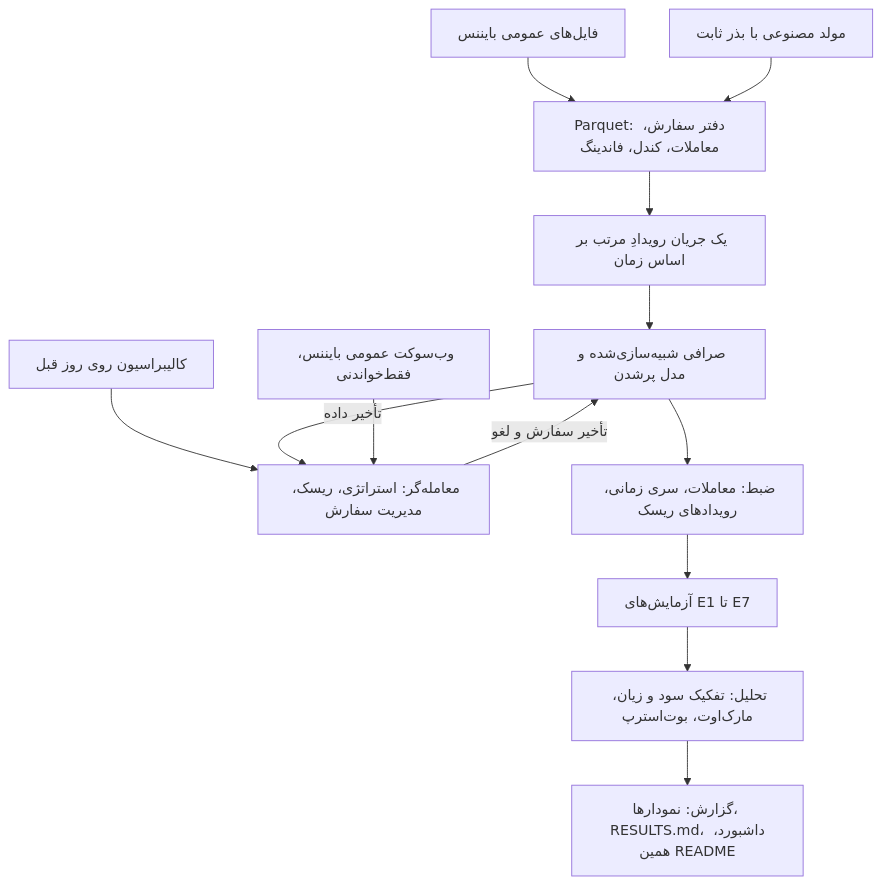
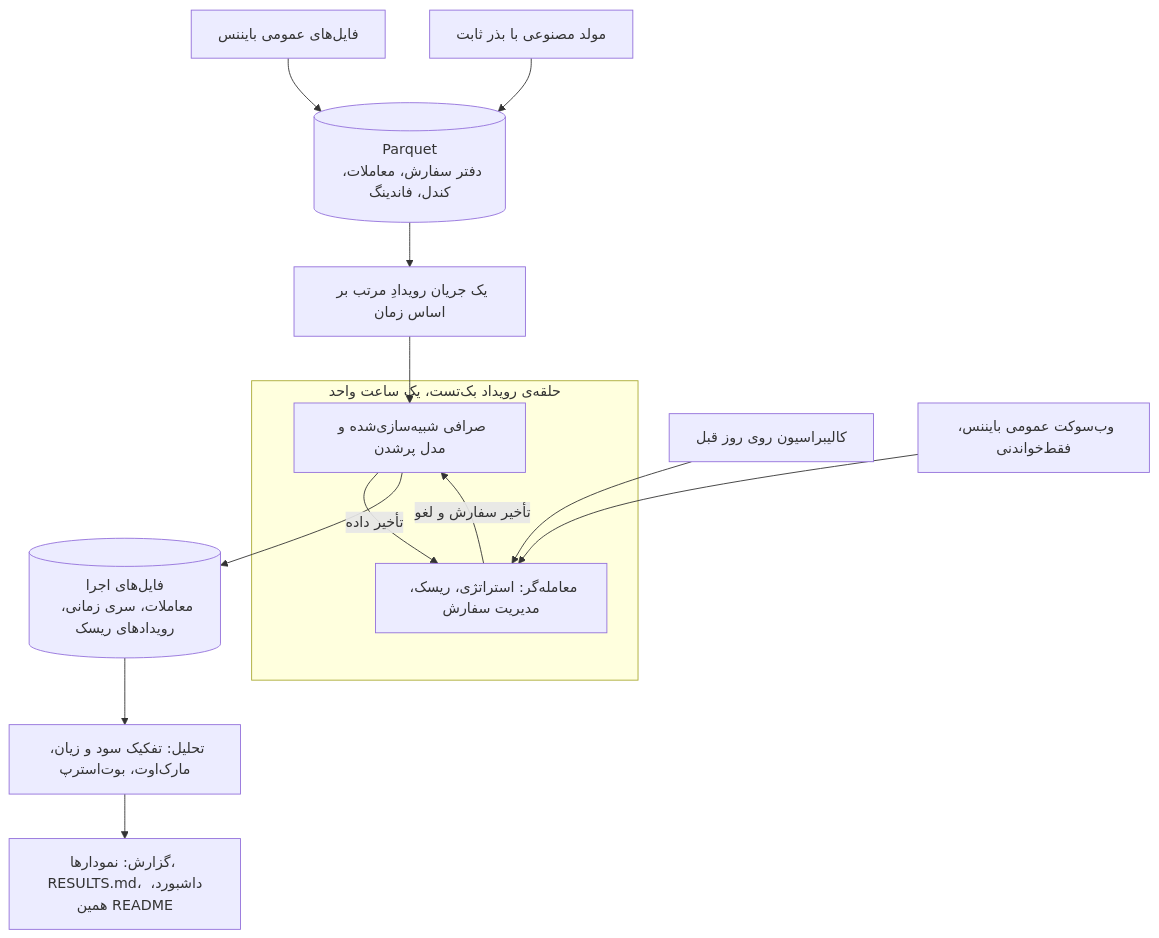
Before and after one commit to true-ali/quotelab: the diagram in README.fa.md, drawn with Mermaid. The commit also changed other lines of this file and 30 other files, not shown here.

````diff
--- a/README.fa.md
+++ b/README.fa.md
@@ -57,15 +197,18 @@
 ```mermaid
 flowchart TD
-    A["فایل‌های عمومی بایننس"] --> C["Parquet: دفتر سفارش، معاملات، کندل، فاندینگ"]
+    A["فایل‌های عمومی بایننس"] --> C[("Parquet<br/>دفتر سفارش، معاملات، کندل، فاندینگ")]
     B["مولد مصنوعی با بذر ثابت"] --> C
     C --> D["یک جریان رویدادِ مرتب بر اساس زمان"]
+    D --> X
+    subgraph loop ["حلقه‌ی رویداد بک‌تست، یک ساعت واحد"]
+        X["صرافی شبیه‌سازی‌شده و مدل پرشدن"]
+        T["معامله‌گر: استراتژی، ریسک، مدیریت سفارش"]
+        X -- "تأخیر داده" --> T
+        T -- "تأخیر سفارش و لغو" --> X
+    end
     K["کالیبراسیون روی روز قبل"] --> T
-    D --> X["صرافی شبیه‌سازی‌شده و مدل پرشدن"]
-    X -- "تأخیر داده" --> T["معامله‌گر: استراتژی، ریسک، مدیریت سفارش"]
-    T -- "تأخیر سفارش و لغو" --> X
-    X --> R["ضبط: معاملات، سری زمانی، رویدادهای ریسک"]
-    R --> E["آزمایش‌های E1 تا E7"]
-    E --> N["تحلیل: تفکیک سود و زیان، مارک‌اوت، بوت‌استرپ"]
+    W["وب‌سوکت عمومی بایننس، فقط‌خواندنی"] --> T
+    X --> R[("فایل‌های اجرا<br/>معاملات، سری زمانی، رویدادهای ریسک")]
+    R --> N["تحلیل: تفکیک سود و زیان، مارک‌اوت، بوت‌استرپ"]
     N --> P["گزارش: نمودارها، RESULTS.md، داشبورد، همین README"]
-    W["وب‌سوکت عمومی بایننس، فقط‌خواندنی"] --> T
 ```
````
